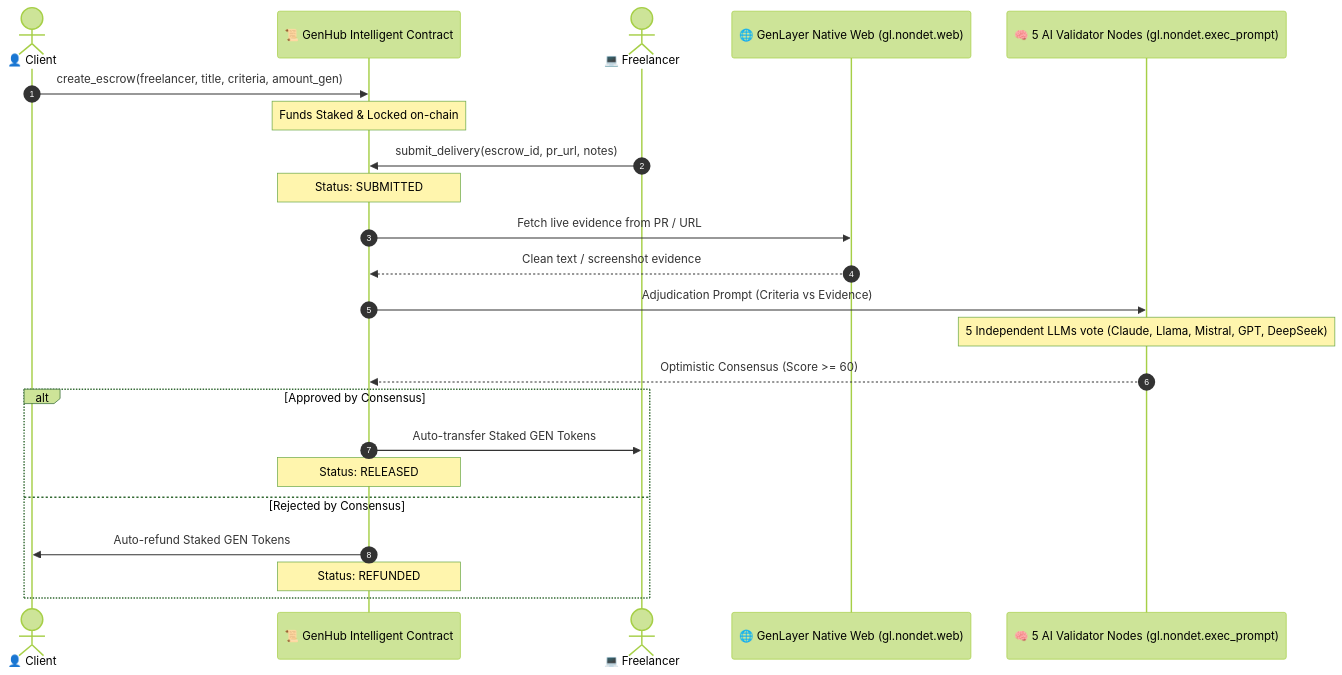
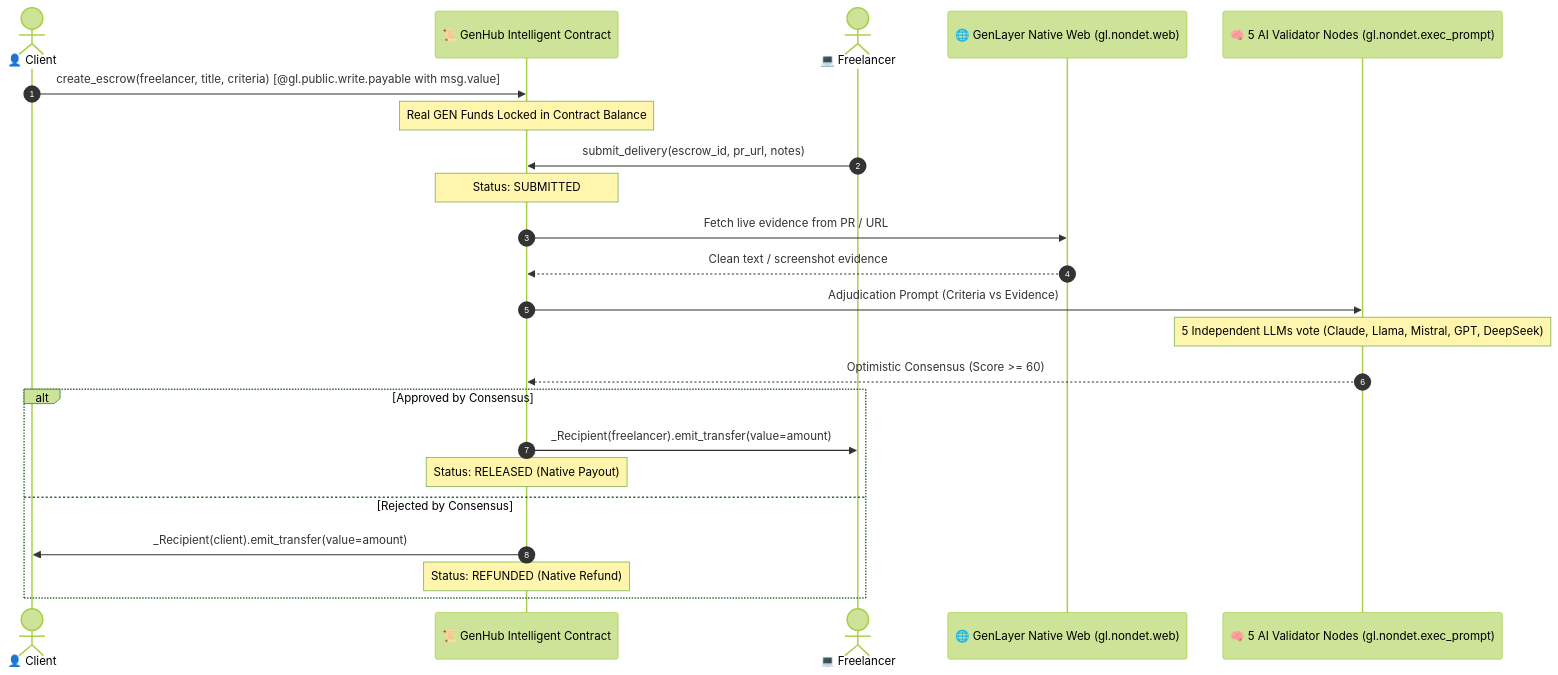
One commit to MeniyaAnil/EscrowGuard-AI changed the diagram in README.md. Above: the diagram before and after it, drawn with Mermaid (forest theme). The commit also changed 3 other files, not shown here.

Commit message:
Implement real native GEN holding, payable deposit, on-chain transfers, and live genlayer-js contract methods

````diff
--- a/README.md
+++ b/README.md
@@ -28,26 +28,26 @@
 ```mermaid
 sequenceDiagram
     autonumber
     actor Client as 👤 Client
     participant Contract as 📜 GenHub Intelligent Contract
     actor Freelancer as 💻 Freelancer
     participant GenLayerWeb as 🌐 GenLayer Native Web (gl.nondet.web)
     participant Jury as 🧠 5 AI Validator Nodes (gl.nondet.exec_prompt)
 
-    Client->>Contract: create_escrow(freelancer, title, criteria, amount_gen)
-    Note over Contract: Funds Staked & Locked on-chain
+    Client->>Contract: create_escrow(freelancer, title, criteria) [@gl.public.write.payable with msg.value]
+    Note over Contract: Real GEN Funds Locked in Contract Balance
     Freelancer->>Contract: submit_delivery(escrow_id, pr_url, notes)
     Note over Contract: Status: SUBMITTED
     Contract->>GenLayerWeb: Fetch live evidence from PR / URL
     GenLayerWeb-->>Contract: Clean text / screenshot evidence
     Contract->>Jury: Adjudication Prompt (Criteria vs Evidence)
     Note over Jury: 5 Independent LLMs vote (Claude, Llama, Mistral, GPT, DeepSeek)
     Jury-->>Contract: Optimistic Consensus (Score >= 60)
     alt Approved by Consensus
-        Contract->>Freelancer: Auto-transfer Staked GEN Tokens
-        Note over Contract: Status: RELEASED
+        Contract->>Freelancer: _Recipient(freelancer).emit_transfer(value=amount)
+        Note over Contract: Status: RELEASED (Native Payout)
     else Rejected by Consensus
-        Contract->>Client: Auto-refund Staked GEN Tokens
-        Note over Contract: Status: REFUNDED
+        Contract->>Client: _Recipient(client).emit_transfer(value=amount)
+        Note over Contract: Status: REFUNDED (Native Refund)
     end
 ```
````
